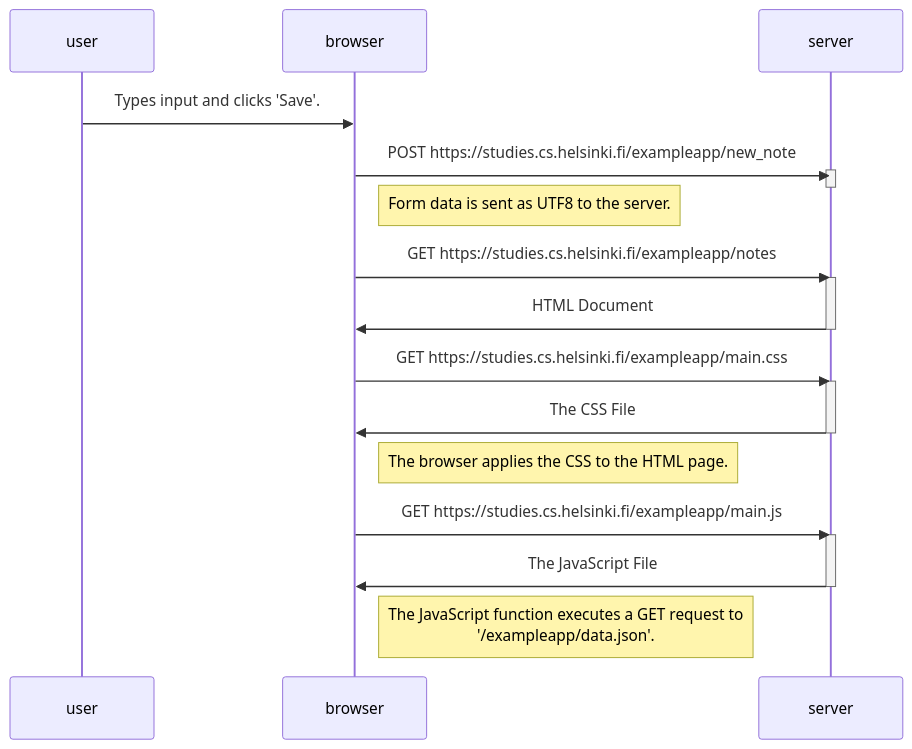
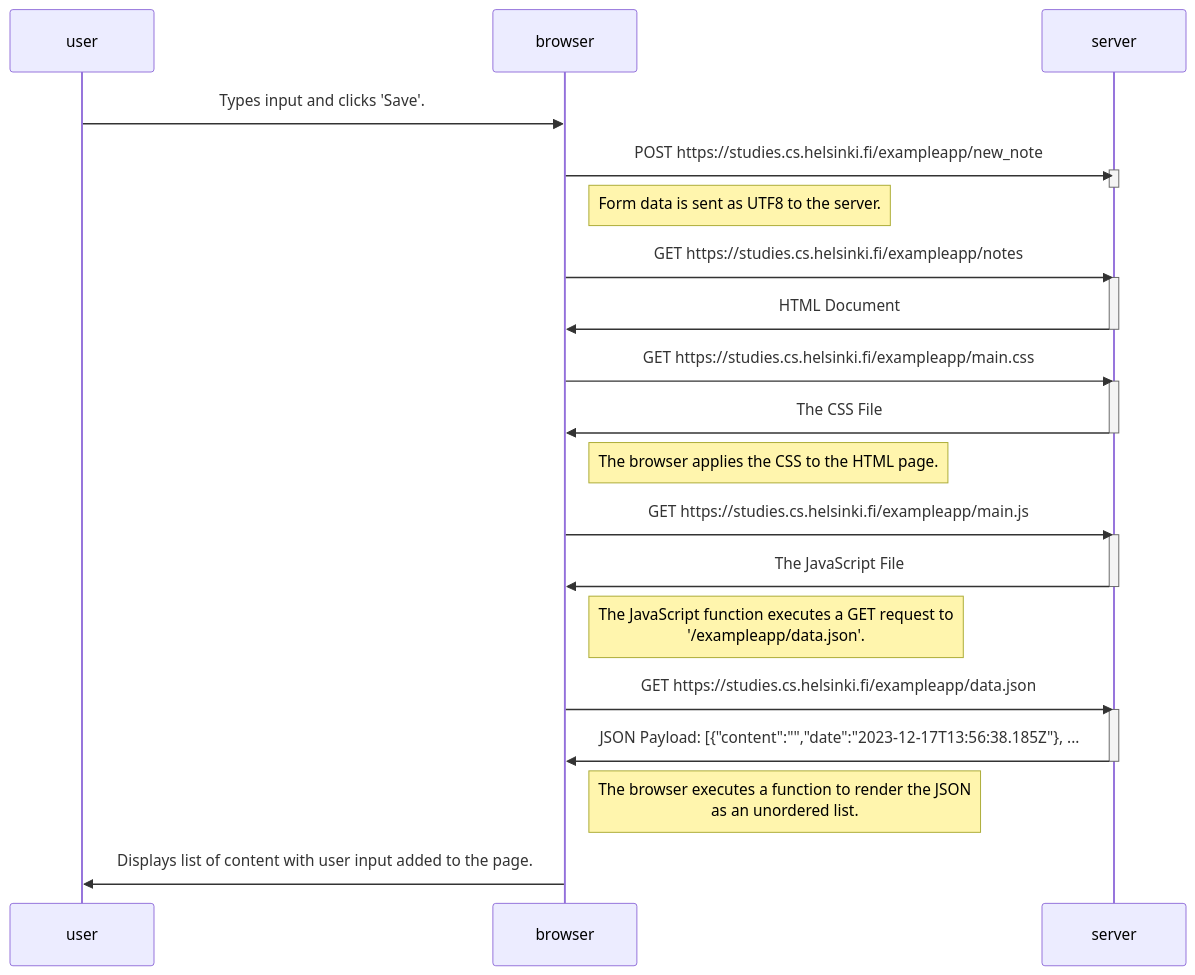
One commit to CJoubertLocal/FullStackOpen changed the diagram in part0/traditional_app_sequence_diagram_user_adds_note.md. Above: the diagram before and after it, drawn with Mermaid. The commit also changed other lines of this file, not shown here.

````diff
--- a/part0/traditional_app_sequence_diagram_user_adds_note.md
+++ b/part0/traditional_app_sequence_diagram_user_adds_note.md
@@ -1,33 +1,43 @@
 ```mermaid
     sequenceDiagram
         participant user
         participant browser
         participant server
     
         user->>browser: Types input and clicks 'Save'.
     
         browser->>server: POST 	https://studies.cs.helsinki.fi/exampleapp/new_note
         activate server
         deactivate server
     
         Note right of browser: Form data is sent as UTF8 to the server.
     
         browser->>server: GET https://studies.cs.helsinki.fi/exampleapp/notes
         activate server
         server->>browser: HTML Document
         deactivate server
     
         browser->>server: GET https://studies.cs.helsinki.fi/exampleapp/main.css
         activate server
         server->>browser: The CSS File
         deactivate server
     
         Note right of browser: The browser applies the CSS to the HTML page.
     
         browser->>server: GET https://studies.cs.helsinki.fi/exampleapp/main.js
         activate server
         server->>browser: The JavaScript File
         deactivate server
     
         Note right of browser: The JavaScript function executes a GET request to <br/>'/exampleapp/data.json'.
+    
+        browser->>server: GET https://studies.cs.helsinki.fi/exampleapp/data.json
+        activate server
+        server->>browser: JSON Payload: [{"content":"","date":"2023-12-17T13:56:38.185Z"}, ...
+        deactivate server
+    
+        Note right of browser: The browser executes a function to render the JSON <br/>as an unordered list.
+    
+        browser->>user: Displays list of content with user input added to the page.
+
 ```
````
